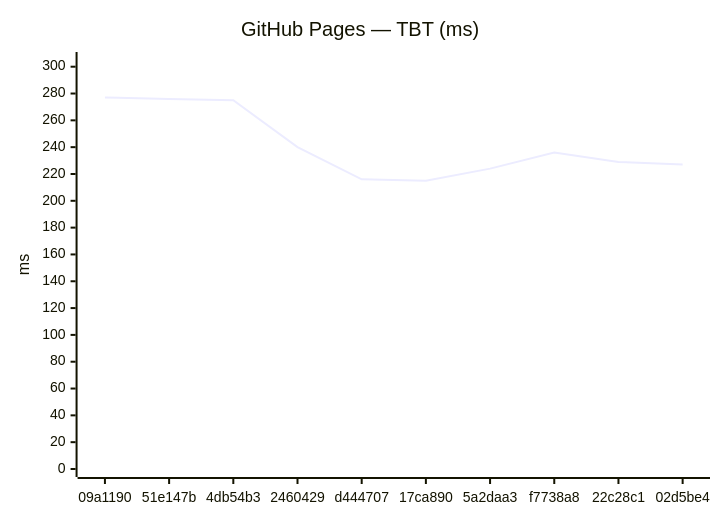
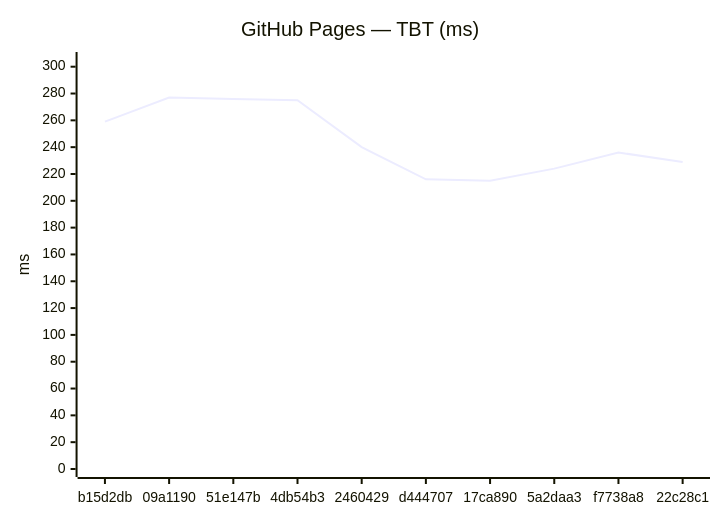
The fourth of 18 diagrams in benchmarks/compare.md (Metaheurist/Rianell), drawn with Mermaid before and after one commit. The commit also changed other lines of this file and 11 other files, not shown here.

````diff
--- a/benchmarks/compare.md
+++ b/benchmarks/compare.md
@@ -61,7 +61,7 @@
 ```mermaid
 xychart-beta
     title "GitHub Pages — TBT (ms)"
-    x-axis ["09a1190", "51e147b", "4db54b3", "2460429", "d444707", "17ca890", "5a2daa3", "f7738a8", "22c28c1", "02d5be4"]
+    x-axis ["b15d2db", "09a1190", "51e147b", "4db54b3", "2460429", "d444707", "17ca890", "5a2daa3", "f7738a8", "22c28c1"]
     y-axis "ms" 0 --> 305
-    line [277, 276, 275, 240, 216, 215, 224, 236, 229, 227]
+    line [259, 277, 276, 275, 240, 216, 215, 224, 236, 229]
 ```
````
